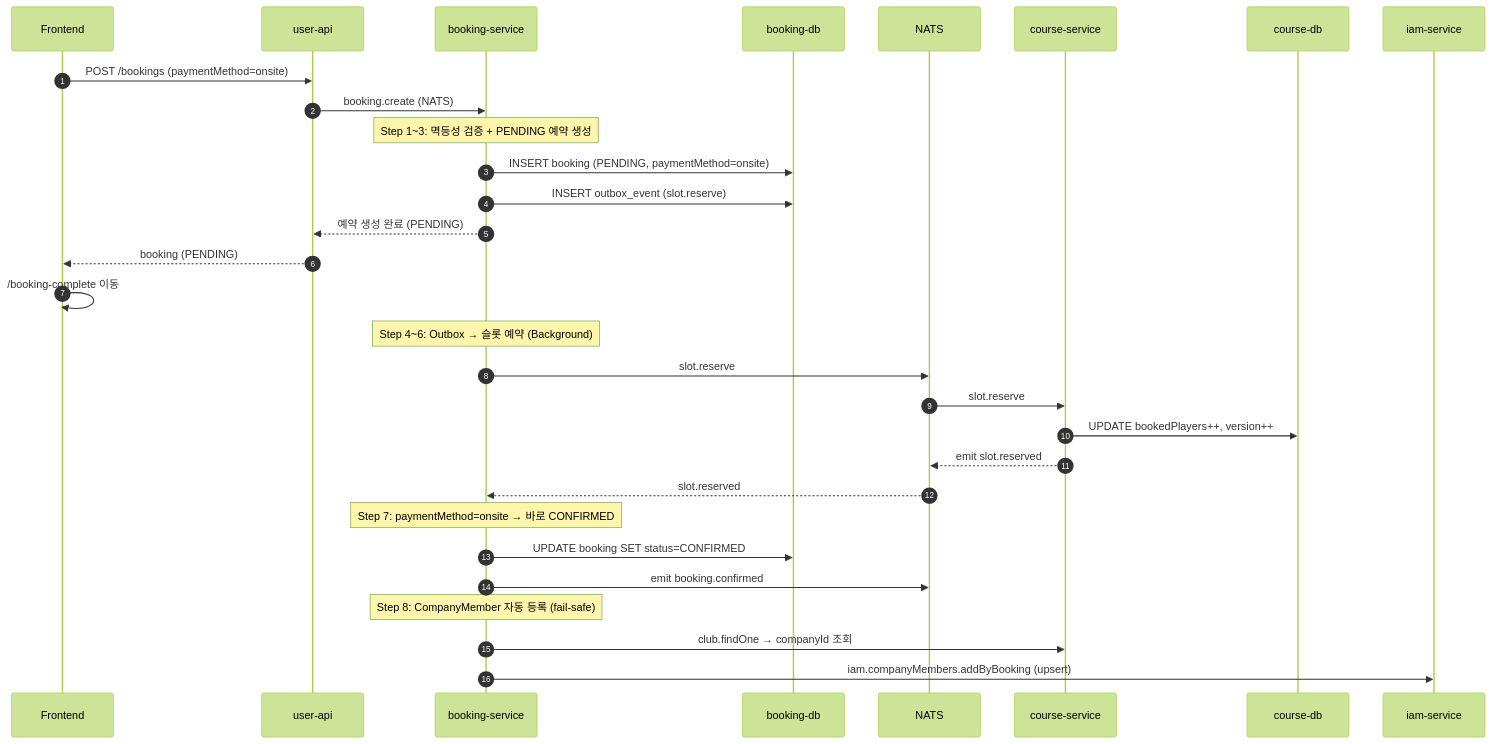
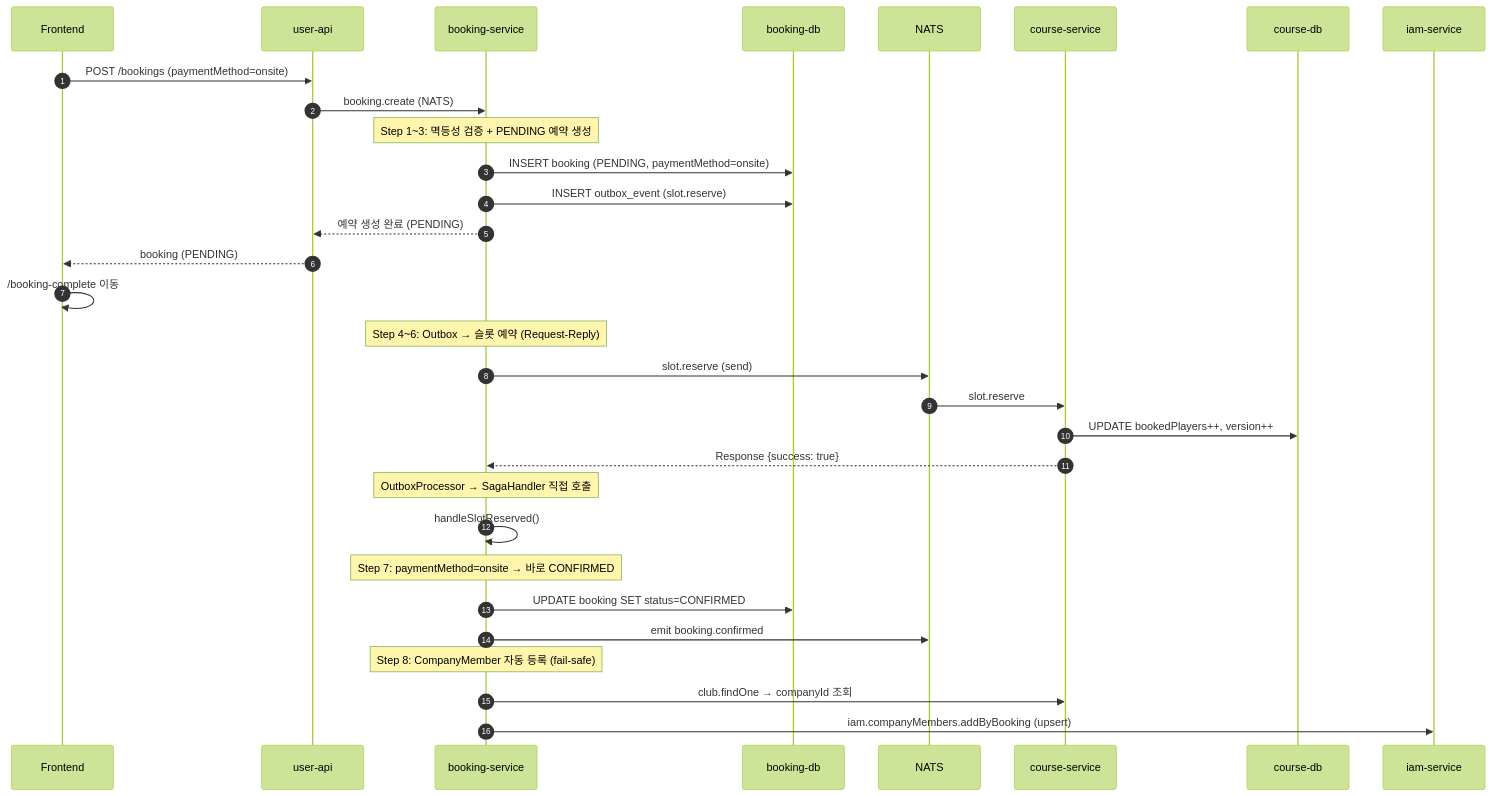
One commit to uniyous/parkgolf-platform changed the seventh of 18 diagrams in docs/workflow/BOOKING.md. Above: the diagram before and after it, drawn with Mermaid (forest theme). The commit also changed other lines of this file and 5 other files, not shown here.

First line of the commit message:
docs: 제안서 및 워크플로우 문서 업데이트

````diff
--- a/docs/workflow/BOOKING.md
+++ b/docs/workflow/BOOKING.md
@@ -331,37 +334,38 @@
 ```mermaid
 sequenceDiagram
     autonumber
     participant Client as Frontend
     participant API as user-api
     participant BS as booking-service
     participant DB1 as booking-db
     participant NATS as NATS
     participant CS as course-service
     participant DB2 as course-db
     participant IAM as iam-service
 
     Client->>API: POST /bookings (paymentMethod=onsite)
     API->>BS: booking.create (NATS)
 
     Note over BS: Step 1~3: 멱등성 검증 + PENDING 예약 생성
     BS->>DB1: INSERT booking (PENDING, paymentMethod=onsite)
     BS->>DB1: INSERT outbox_event (slot.reserve)
     BS-->>API: 예약 생성 완료 (PENDING)
     API-->>Client: booking (PENDING)
     Client->>Client: /booking-complete 이동
 
-    Note over BS: Step 4~6: Outbox → 슬롯 예약 (Background)
-    BS->>NATS: slot.reserve
+    Note over BS: Step 4~6: Outbox → 슬롯 예약 (Request-Reply)
+    BS->>NATS: slot.reserve (send)
     NATS->>CS: slot.reserve
     CS->>DB2: UPDATE bookedPlayers++, version++
-    CS-->>NATS: emit slot.reserved
-    NATS-->>BS: slot.reserved
+    CS-->>BS: Response {success: true}
+    Note over BS: OutboxProcessor → SagaHandler 직접 호출
+    BS->>BS: handleSlotReserved()
 
     Note over BS: Step 7: paymentMethod=onsite → 바로 CONFIRMED
     BS->>DB1: UPDATE booking SET status=CONFIRMED
     BS->>NATS: emit booking.confirmed
 
     Note over BS: Step 8: CompanyMember 자동 등록 (fail-safe)
     BS->>CS: club.findOne → companyId 조회
     BS->>IAM: iam.companyMembers.addByBooking (upsert)
 ```
````
